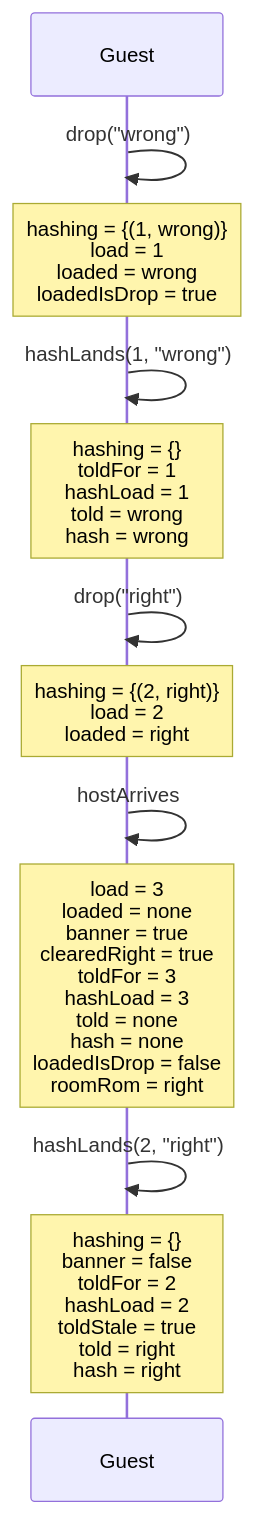
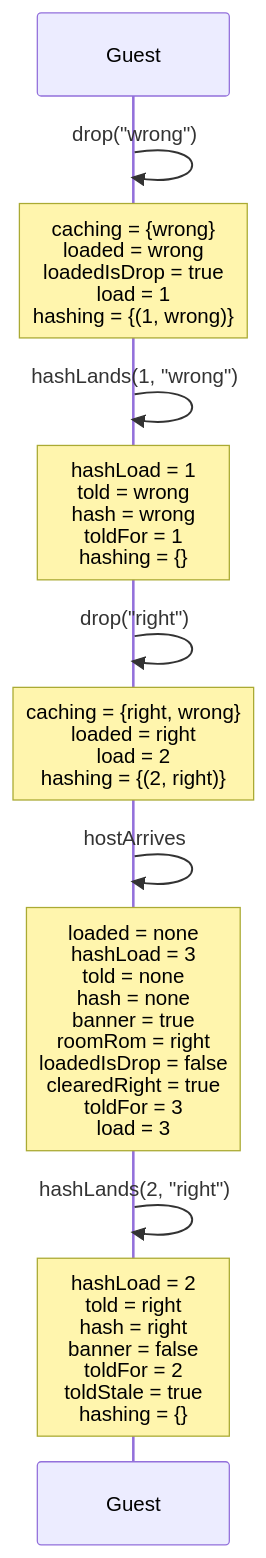
Before and after one commit to kwilson21/kaillera-next: diagram 18 of 27 in docs/spec-traces.md, drawn with Mermaid. The commit also changed other lines of this file and 11 other files, not shown here.

````diff
--- a/docs/spec-traces.md
+++ b/docs/spec-traces.md
@@ -528,14 +528,14 @@
 ```mermaid
 sequenceDiagram
   participant Guest
   Guest->>Guest: drop("wrong")
-  Note over Guest: hashing = {(1, wrong)}<br/>load = 1<br/>loaded = wrong<br/>loadedIsDrop = true
+  Note over Guest: caching = {wrong}<br/>loaded = wrong<br/>loadedIsDrop = true<br/>load = 1<br/>hashing = {(1, wrong)}
   Guest->>Guest: hashLands(1, "wrong")
-  Note over Guest: hashing = {}<br/>toldFor = 1<br/>hashLoad = 1<br/>told = wrong<br/>hash = wrong
+  Note over Guest: hashLoad = 1<br/>told = wrong<br/>hash = wrong<br/>toldFor = 1<br/>hashing = {}
   Guest->>Guest: drop("right")
-  Note over Guest: hashing = {(2, right)}<br/>load = 2<br/>loaded = right
+  Note over Guest: caching = {right, wrong}<br/>loaded = right<br/>load = 2<br/>hashing = {(2, right)}
   Guest->>Guest: hostArrives
-  Note over Guest: load = 3<br/>loaded = none<br/>banner = true<br/>clearedRight = true<br/>toldFor = 3<br/>hashLoad = 3<br/>told = none<br/>hash = none<br/>loadedIsDrop = false<br/>roomRom = right
+  Note over Guest: loaded = none<br/>hashLoad = 3<br/>told = none<br/>hash = none<br/>banner = true<br/>roomRom = right<br/>loadedIsDrop = false<br/>clearedRight = true<br/>toldFor = 3<br/>load = 3
   Guest->>Guest: hashLands(2, "right")
-  Note over Guest: hashing = {}<br/>banner = false<br/>toldFor = 2<br/>hashLoad = 2<br/>toldStale = true<br/>told = right<br/>hash = right
+  Note over Guest: hashLoad = 2<br/>told = right<br/>hash = right<br/>banner = false<br/>toldFor = 2<br/>toldStale = true<br/>hashing = {}
 ```
````
